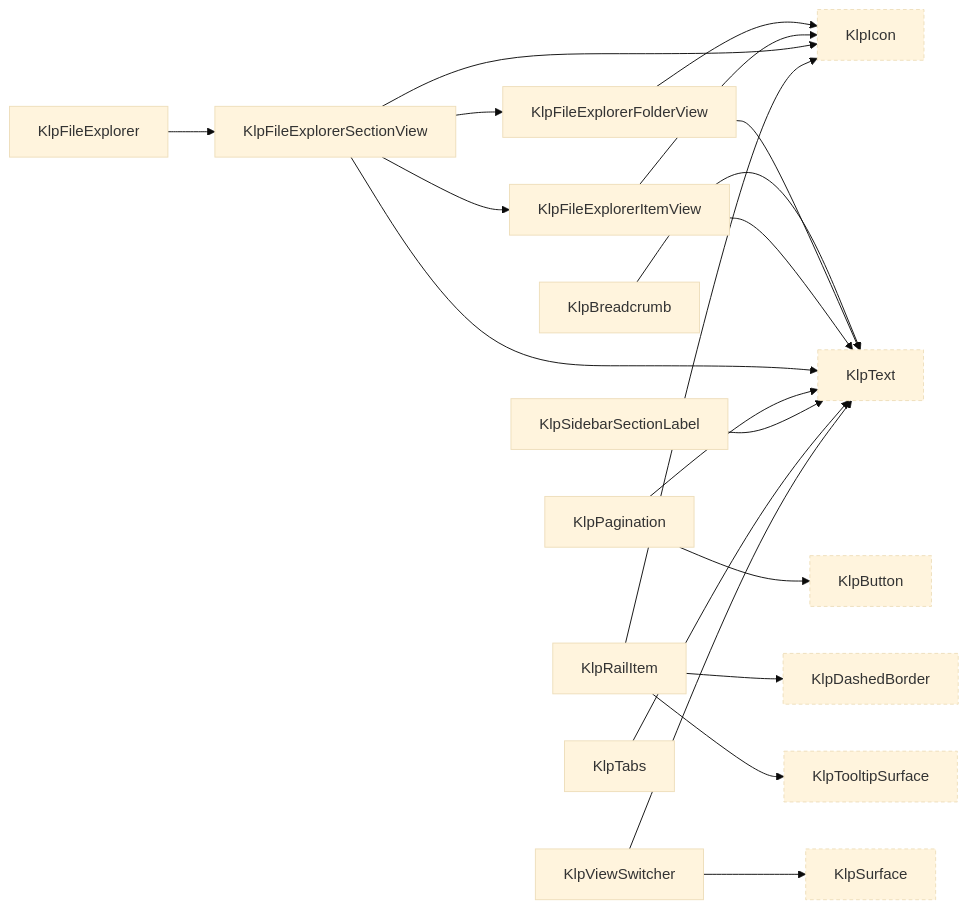
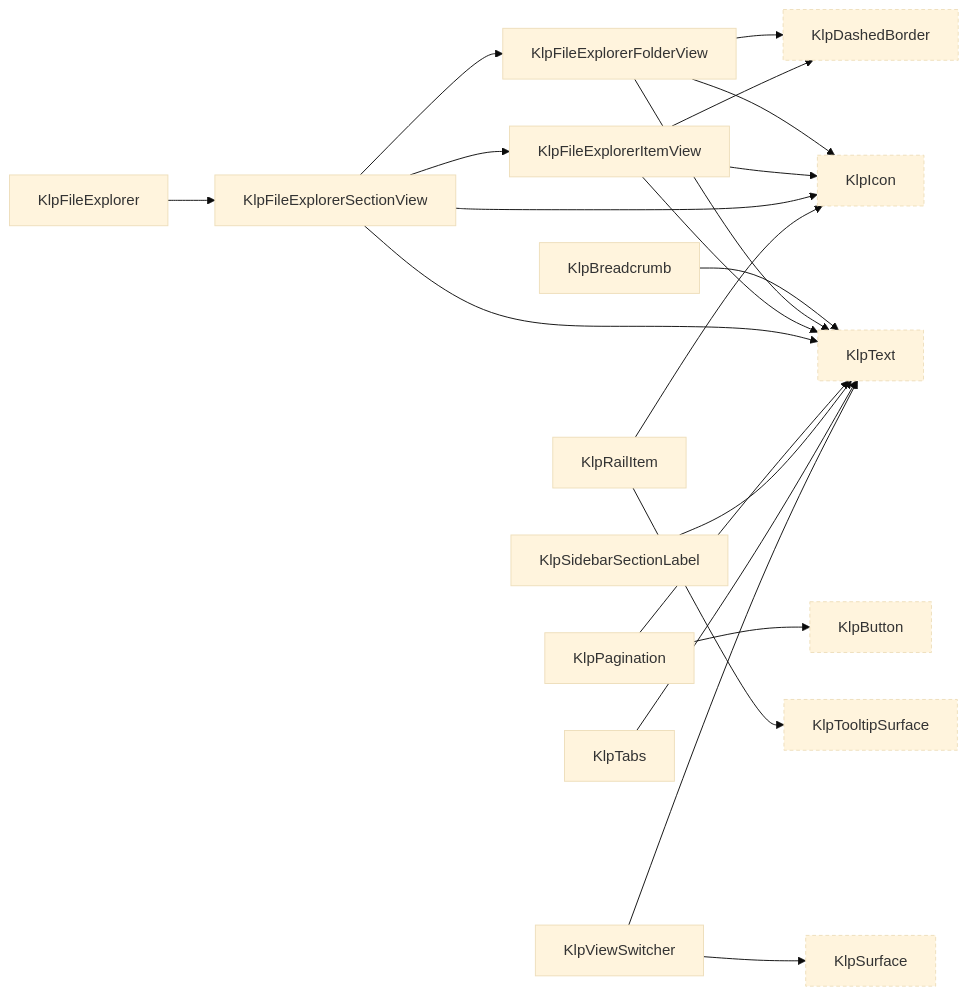
Diagram 12 of 16 in spec/component-inventory.md (MiuDog/Kallopis), drawn with Mermaid (base theme) before and after one commit. The commit also changed other lines of this file and 112 other files, not shown here.

````diff
--- a/spec/component-inventory.md
+++ b/spec/component-inventory.md
@@ -848,39 +839,40 @@
 ```mermaid
 graph LR
   KlpBreadcrumb["KlpBreadcrumb"]
   KlpButton["KlpButton"]:::external
   KlpDashedBorder["KlpDashedBorder"]:::external
   KlpFileExplorer["KlpFileExplorer"]
   KlpFileExplorerFolderView["KlpFileExplorerFolderView"]
   KlpFileExplorerItemView["KlpFileExplorerItemView"]
   KlpFileExplorerSectionView["KlpFileExplorerSectionView"]
   KlpIcon["KlpIcon"]:::external
   KlpPagination["KlpPagination"]
   KlpRailItem["KlpRailItem"]
   KlpSidebarSectionLabel["KlpSidebarSectionLabel"]
   KlpSurface["KlpSurface"]:::external
   KlpTabs["KlpTabs"]
   KlpText["KlpText"]:::external
   KlpTooltipSurface["KlpTooltipSurface"]:::external
   KlpViewSwitcher["KlpViewSwitcher"]
   KlpBreadcrumb --> KlpText
+  KlpFileExplorerFolderView --> KlpDashedBorder
   KlpFileExplorerFolderView --> KlpIcon
   KlpFileExplorerFolderView --> KlpText
+  KlpFileExplorerItemView --> KlpDashedBorder
   KlpFileExplorerItemView --> KlpIcon
   KlpFileExplorerItemView --> KlpText
   KlpFileExplorerSectionView --> KlpFileExplorerFolderView
   KlpFileExplorerSectionView --> KlpFileExplorerItemView
   KlpFileExplorerSectionView --> KlpIcon
   KlpFileExplorerSectionView --> KlpText
   KlpFileExplorer --> KlpFileExplorerSectionView
   KlpPagination --> KlpButton
   KlpPagination --> KlpText
-  KlpRailItem --> KlpDashedBorder
   KlpRailItem --> KlpIcon
   KlpRailItem --> KlpTooltipSurface
   KlpSidebarSectionLabel --> KlpText
   KlpTabs --> KlpText
   KlpViewSwitcher --> KlpSurface
   KlpViewSwitcher --> KlpText
   classDef external stroke-dasharray: 4 3;
 ```
````
